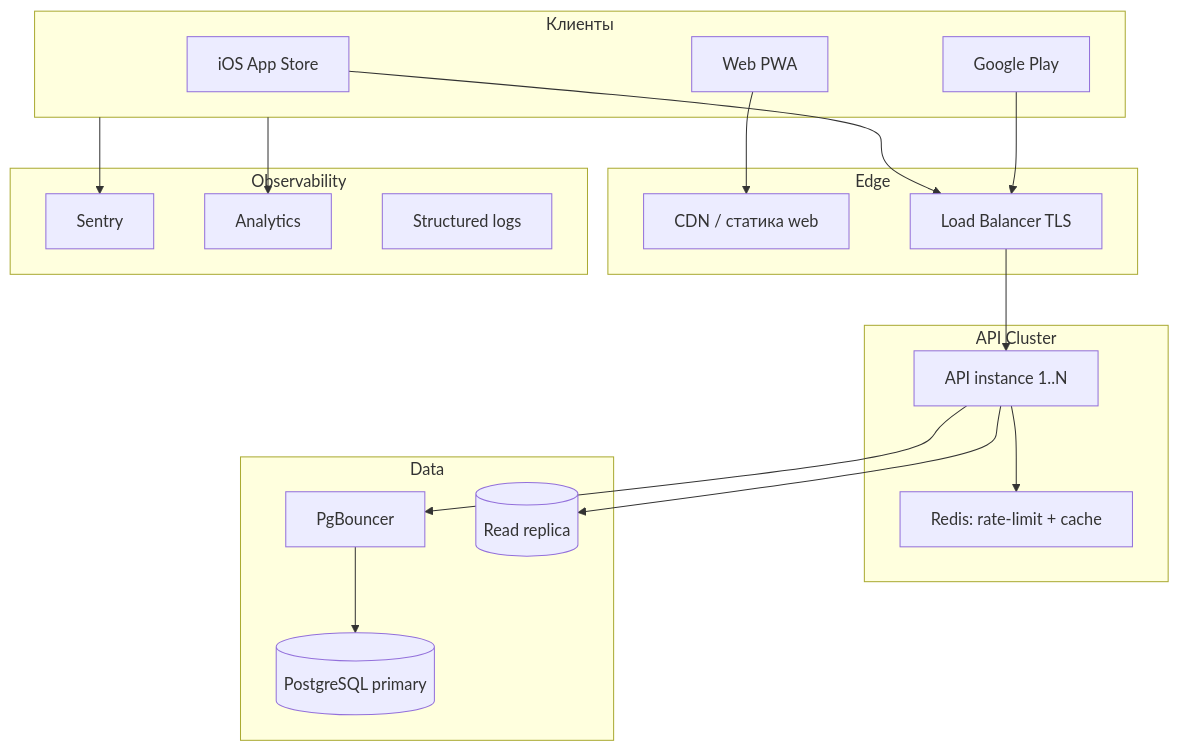
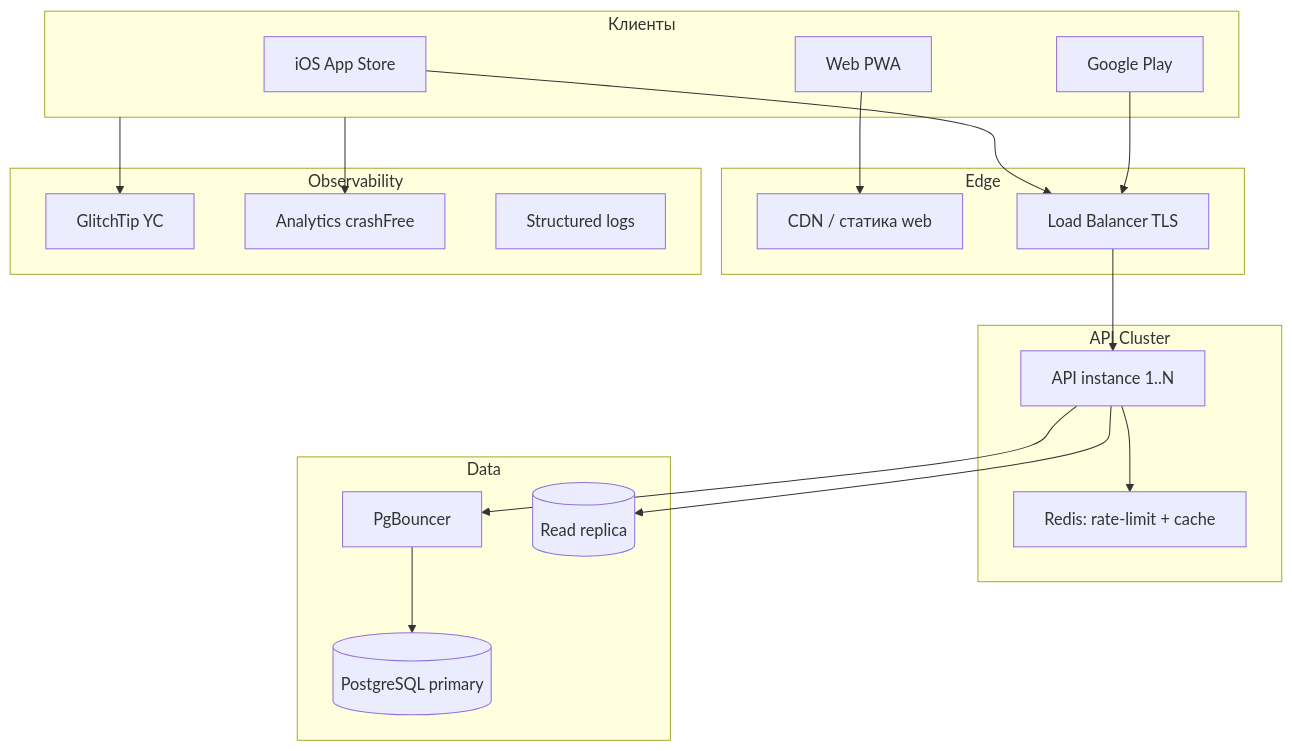
One commit to zuevfoton-art/AllerGuide changed the first of 2 diagrams in docs/roadmap-to-prod.md. Above: the diagram before and after it, drawn with Mermaid. The commit also changed other lines of this file and 18 other files, not shown here.

First line of the commit message:
docs: retarget G5 crash-free from Sentry Cloud to GlitchTip

````diff
--- a/docs/roadmap-to-prod.md
+++ b/docs/roadmap-to-prod.md
@@ -90,40 +90,40 @@
 ```mermaid
 flowchart TB
   subgraph clients [Клиенты]
     iOS[iOS App Store]
     Android[Google Play]
     Web[Web PWA]
   end
 
   subgraph edge [Edge]
     CDN[CDN / статика web]
     LB[Load Balancer TLS]
   end
 
   subgraph api [API Cluster]
     API1[API instance 1..N]
     Redis[Redis: rate-limit + cache]
   end
 
   subgraph data [Data]
     PG[(PostgreSQL primary)]
     PGB[PgBouncer]
     Replica[(Read replica)]
   end
 
   subgraph obs [Observability]
-    Sentry[Sentry]
-    Analytics[Analytics]
+    GlitchTip[GlitchTip YC]
+    Analytics[Analytics crashFree]
     Logs[Structured logs]
   end
 
   iOS --> LB
   Android --> LB
   Web --> CDN
   LB --> API1
   API1 --> PGB --> PG
   API1 --> Redis
   API1 --> Replica
-  clients --> Sentry
+  clients --> GlitchTip
   clients --> Analytics
 ```
````
